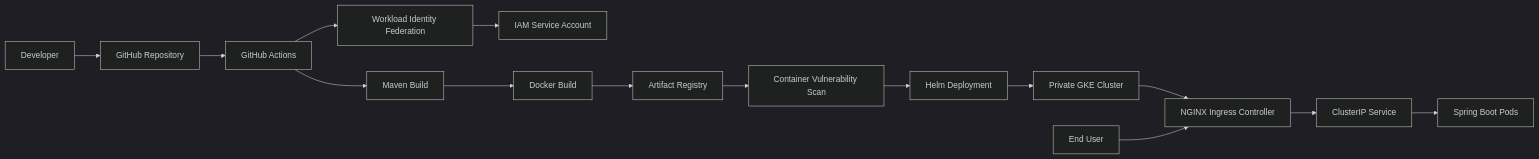
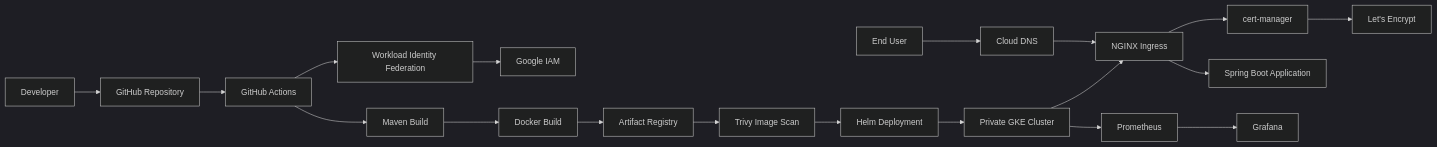
One commit to ssavaniya/gke-wif-deployment changed the diagram in docs/02-project-architecture.md. Above: the diagram before and after it, drawn with Mermaid (dark theme). The commit also changed other lines of this file and 21 other files, not shown here.

````diff
--- a/docs/02-project-architecture.md
+++ b/docs/02-project-architecture.md
@@ -13,61 +13,77 @@
 ```mermaid
 flowchart LR
 
 Developer[Developer]
 
 GitHub[GitHub Repository]
 
 Actions[GitHub Actions]
 
 WIF[Workload Identity Federation]
 
-GCP[IAM Service Account]
+IAM[Google IAM]
 
 Build[Maven Build]
 
 Docker[Docker Build]
 
-AR[Artifact Registry]
+Registry[Artifact Registry]
 
-Scan[Container Vulnerability Scan]
+Trivy[Trivy Image Scan]
 
 Helm[Helm Deployment]
 
 GKE[Private GKE Cluster]
 
-Ingress[NGINX Ingress Controller]
+Ingress[NGINX Ingress]
 
-Service[ClusterIP Service]
+CertManager[cert-manager]
 
-Pods[Spring Boot Pods]
+LetsEncrypt[Let's Encrypt]
+
+DNS[Cloud DNS]
+
+App[Spring Boot Application]
+
+Prometheus[Prometheus]
+
+Grafana[Grafana]
 
 User[End User]
 
 Developer --> GitHub
 
 GitHub --> Actions
 
 Actions --> WIF
 
-WIF --> GCP
+WIF --> IAM
 
 Actions --> Build
 
 Build --> Docker
 
-Docker --> AR
+Docker --> Registry
 
-AR --> Scan
+Registry --> Trivy
 
-Scan --> Helm
+Trivy --> Helm
 
 Helm --> GKE
 
 GKE --> Ingress
 
-Ingress --> Service
+Ingress --> App
 
-Service --> Pods
+Ingress --> CertManager
 
-User --> Ingress
+CertManager --> LetsEncrypt
+
+DNS --> Ingress
+
+Prometheus --> Grafana
+
+GKE --> Prometheus
+
+User --> DNS
 ```
````
